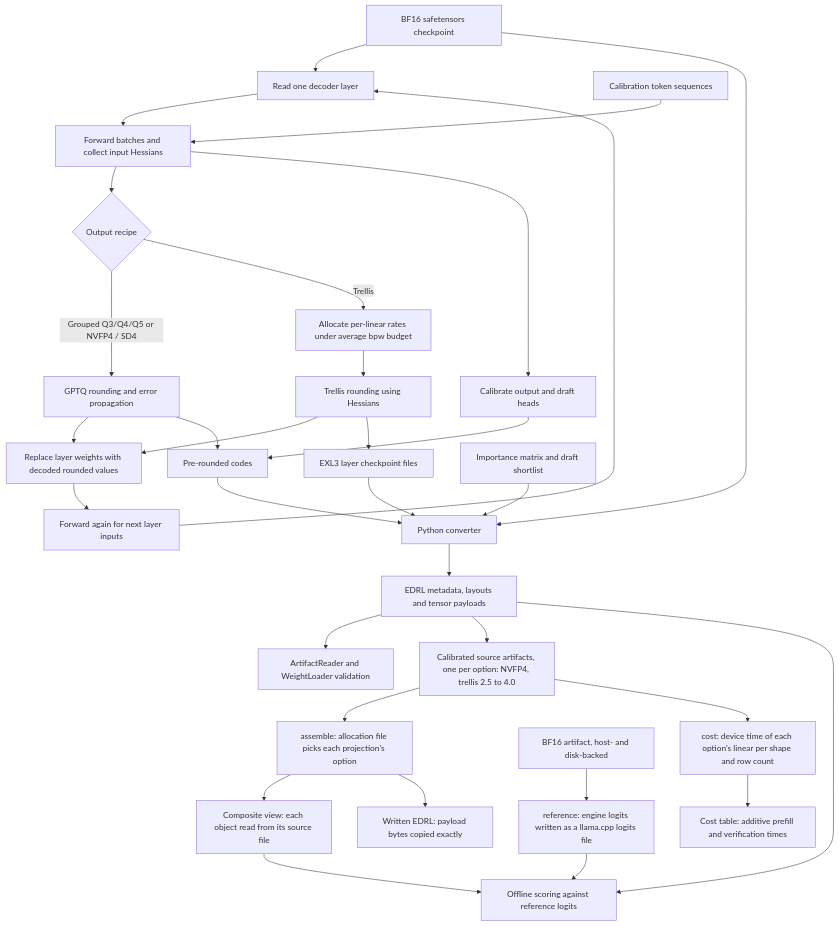
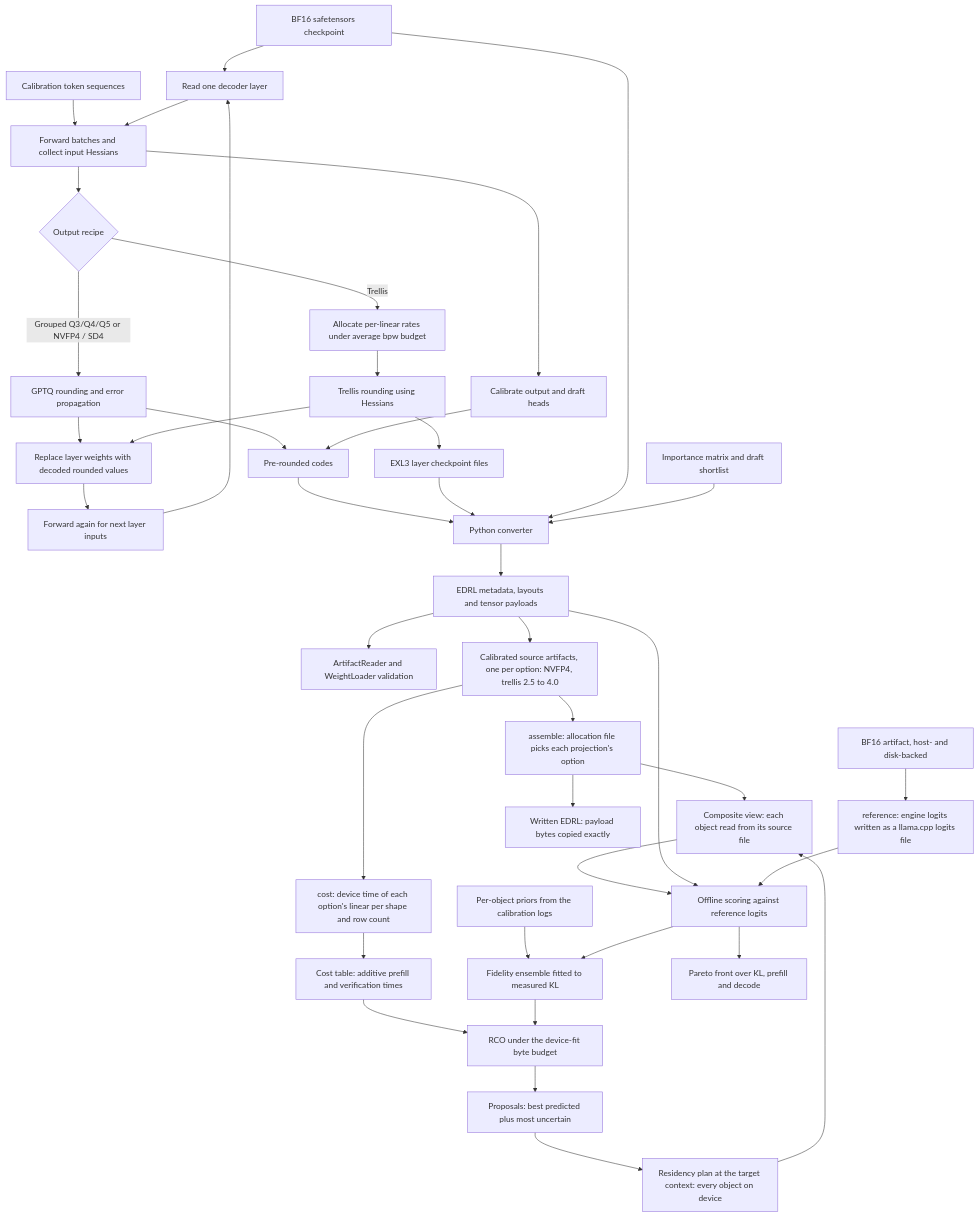
Before and after one commit to Euhedral-Engine/Euhedral: the diagram in docs/architecture/06-quantization.md, drawn with Mermaid. The commit also changed other lines of this file and 1 other file, not shown here.

Commit message:
docs: the engine-verified RCO search in the quantization and concurrency diagrams

````diff
--- a/docs/architecture/06-quantization.md
+++ b/docs/architecture/06-quantization.md
@@ -5,34 +5,42 @@
 ```mermaid
 flowchart TD
     Checkpoint[BF16 safetensors checkpoint] --> Layer[Read one decoder layer]
     Tokens[Calibration token sequences] --> Forward[Forward batches and collect input Hessians]
     Layer --> Forward
     Forward --> Recipe{Output recipe}
     Recipe -->|Grouped Q3/Q4/Q5 or NVFP4 / SD4| GPTQ[GPTQ rounding and error propagation]
     Recipe -->|Trellis| Allocation[Allocate per-linear rates under average bpw budget]
     Allocation --> Trellis[Trellis rounding using Hessians]
     GPTQ --> Replace[Replace layer weights with decoded rounded values]
     Trellis --> Replace
     Replace --> Next[Forward again for next layer inputs]
     Next --> Layer
     GPTQ --> Codes[Pre-rounded codes]
     Trellis --> EXL3[EXL3 layer checkpoint files]
     Forward --> Heads[Calibrate output and draft heads]
     Heads --> Codes
     Codes --> Convert[Python converter]
     EXL3 --> Convert
     Checkpoint --> Convert
     Importance[Importance matrix and draft shortlist] --> Convert
     Convert --> Artifact[EDRL metadata, layouts and tensor payloads]
     Artifact --> Load[ArtifactReader and WeightLoader validation]
     Artifact --> Sources[Calibrated source artifacts, one per option: NVFP4, trellis 2.5 to 4.0]
     Sources --> Assemble[assemble: allocation file picks each projection's option]
     Assemble --> Composite[Composite view: each object read from its source file]
     Assemble --> Written[Written EDRL: payload bytes copied exactly]
     Composite --> Score[Offline scoring against reference logits]
     Artifact --> Score
     BF16[BF16 artifact, host- and disk-backed] --> Reference[reference: engine logits written as a llama.cpp logits file]
     Reference --> Score
     Sources --> Cost[cost: device time of each option's linear per shape and row count]
     Cost --> Table[Cost table: additive prefill and verification times]
+    Priors[Per-object priors from the calibration logs] --> Fit[Fidelity ensemble fitted to measured KL]
+    Table --> RCO[RCO under the device-fit byte budget]
+    Fit --> RCO
+    RCO --> Propose[Proposals: best predicted plus most uncertain]
+    Propose --> Check[Residency plan at the target context: every object on device]
+    Check --> Composite
+    Score --> Fit
+    Score --> Front[Pareto front over KL, prefill and decode]
 ```
````
